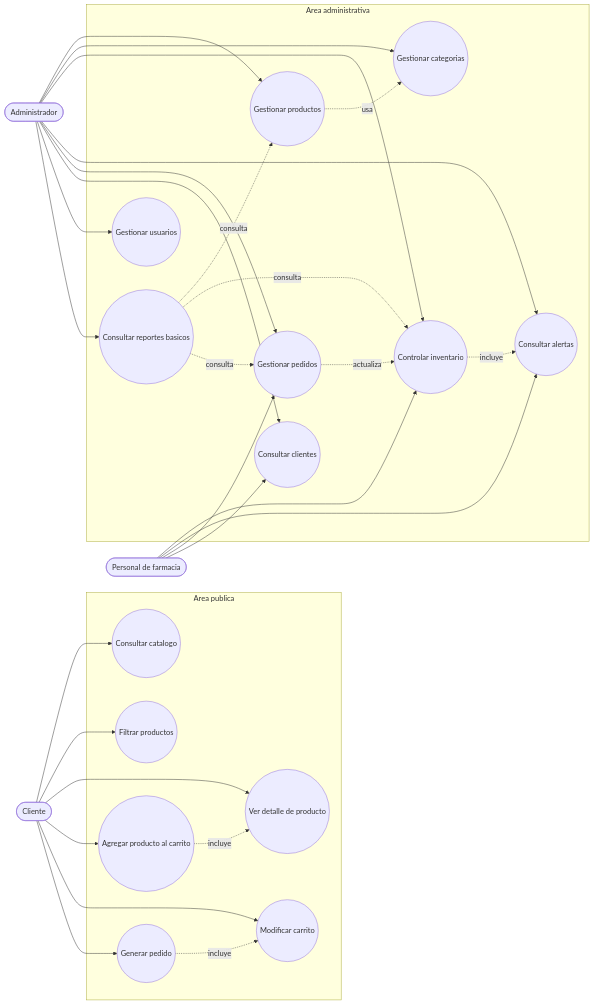
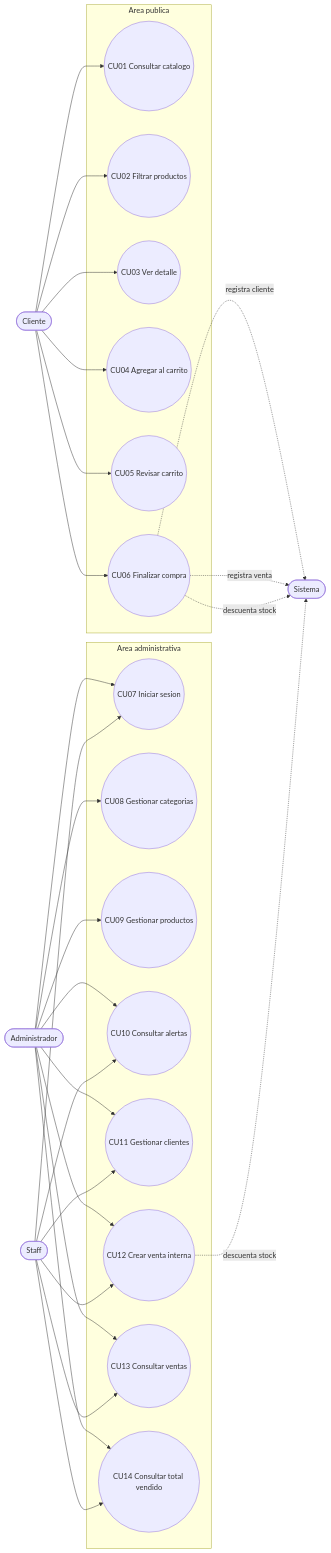
Before and after one commit to kleyderBackend/farmagest-vital: the diagram in docs/diagrama-casos-uso.md, drawn with Mermaid. The commit also changed other lines of this file and 9 other files, not shown here.

````diff
--- a/docs/diagrama-casos-uso.md
+++ b/docs/diagrama-casos-uso.md
@@ -21,56 +31,55 @@
 ```mermaid
 flowchart LR
     Cliente([Cliente])
     Admin([Administrador])
-    Personal([Personal de farmacia])
+    Staff([Staff])
+    Sistema([Sistema])
 
     subgraph Publico["Area publica"]
-        UC01((Consultar catalogo))
-        UC02((Filtrar productos))
-        UC03((Ver detalle de producto))
-        UC04((Agregar producto al carrito))
-        UC05((Modificar carrito))
-        UC06((Generar pedido))
+        CU01((CU01 Consultar catalogo))
+        CU02((CU02 Filtrar productos))
+        CU03((CU03 Ver detalle))
+        CU04((CU04 Agregar al carrito))
+        CU05((CU05 Revisar carrito))
+        CU06((CU06 Finalizar compra))
     end
 
-    subgraph Administrativo["Area administrativa"]
-        UC07((Gestionar productos))
-        UC08((Gestionar categorias))
-        UC09((Controlar inventario))
-        UC10((Consultar alertas))
-        UC11((Gestionar pedidos))
-        UC12((Consultar clientes))
-        UC13((Gestionar usuarios))
-        UC14((Consultar reportes basicos))
+    subgraph AdminArea["Area administrativa"]
+        CU07((CU07 Iniciar sesion))
+        CU08((CU08 Gestionar categorias))
+        CU09((CU09 Gestionar productos))
+        CU10((CU10 Consultar alertas))
+        CU11((CU11 Gestionar clientes))
+        CU12((CU12 Crear venta interna))
+        CU13((CU13 Consultar ventas))
+        CU14((CU14 Consultar total vendido))
     end
 
-    Cliente --> UC01
-    Cliente --> UC02
-    Cliente --> UC03
-    Cliente --> UC04
-    Cliente --> UC05
-    Cliente --> UC06
+    Cliente --> CU01
+    Cliente --> CU02
+    Cliente --> CU03
+    Cliente --> CU04
+    Cliente --> CU05
+    Cliente --> CU06
 
-    Admin --> UC07
-    Admin --> UC08
-    Admin --> UC09
-    Admin --> UC10
-    Admin --> UC11
-    Admin --> UC12
-    Admin --> UC13
-    Admin --> UC14
+    Admin --> CU07
+    Admin --> CU08
+    Admin --> CU09
+    Admin --> CU10
+    Admin --> CU11
+    Admin --> CU12
+    Admin --> CU13
+    Admin --> CU14
 
-    Personal --> UC09
-    Personal --> UC10
-    Personal --> UC11
-    Personal --> UC12
+    Staff --> CU07
+    Staff --> CU10
+    Staff --> CU11
+    Staff --> CU12
+    Staff --> CU13
+    Staff --> CU14
 
-    UC04 -. incluye .-> UC03
-    UC06 -. incluye .-> UC05
-    UC07 -. usa .-> UC08
-    UC09 -. incluye .-> UC10
-    UC11 -. actualiza .-> UC09
-    UC14 -. consulta .-> UC07
-    UC14 -. consulta .-> UC09
-    UC14 -. consulta .-> UC11
+    CU06 -. registra cliente .-> Sistema
+    CU06 -. registra venta .-> Sistema
+    CU06 -. descuenta stock .-> Sistema
+    CU12 -. descuenta stock .-> Sistema
 ```
````
